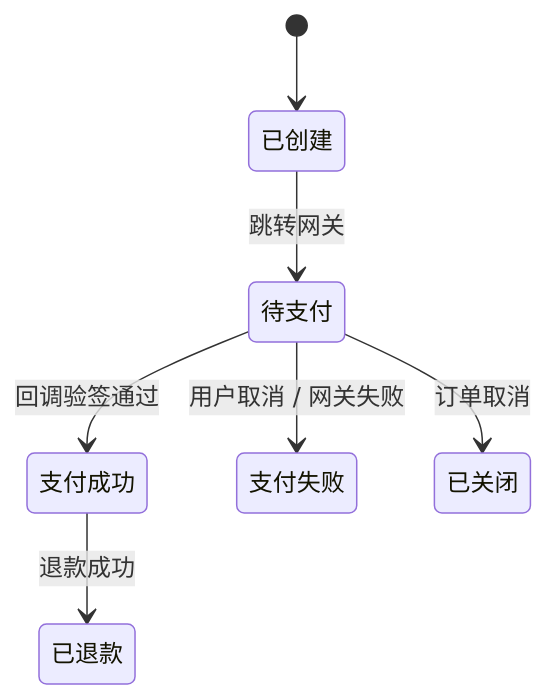
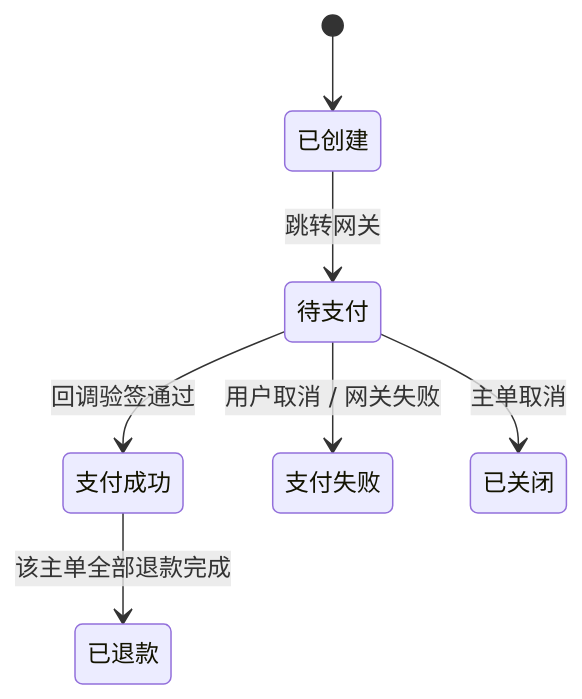
Before and after one commit to Serein47/KDShop: the third of 5 diagrams in docs/order-lifecycle.md, drawn with Mermaid. The commit also changed other lines of this file and 8 other files, not shown here.

````diff
--- a/docs/order-lifecycle.md
+++ b/docs/order-lifecycle.md
@@ -49,16 +82,16 @@
 ```mermaid
 stateDiagram-v2
     [*] --> INIT
     INIT: 已创建
     PENDING: 待支付
     SUCCESS: 支付成功
     FAILED: 支付失败
     CLOSED: 已关闭
     REFUNDED: 已退款
 
     INIT --> PENDING : 跳转网关
     PENDING --> SUCCESS : 回调验签通过
     PENDING --> FAILED : 用户取消 / 网关失败
-    PENDING --> CLOSED : 订单取消
-    SUCCESS --> REFUNDED : 退款成功
+    PENDING --> CLOSED : 主单取消
+    SUCCESS --> REFUNDED : 该主单全部退款完成
 ```
````
